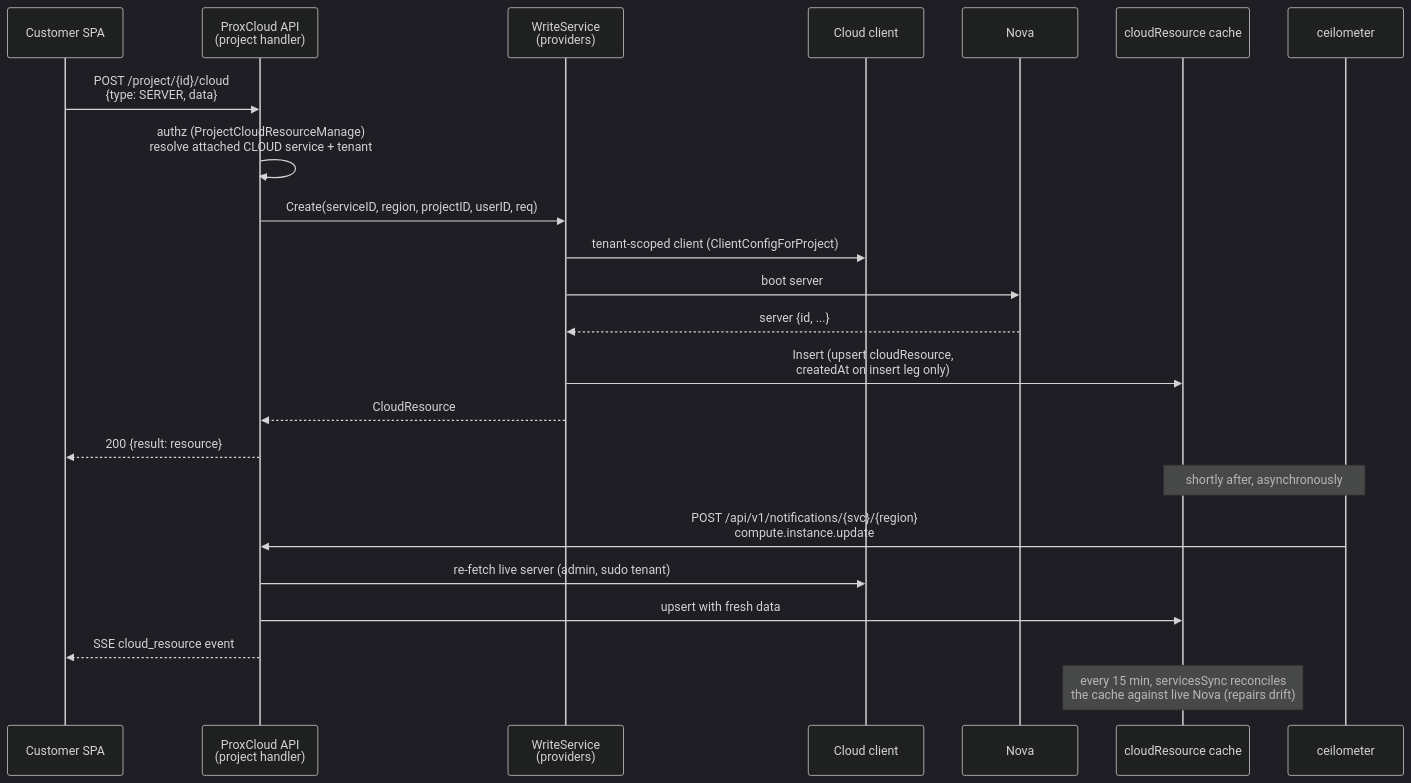
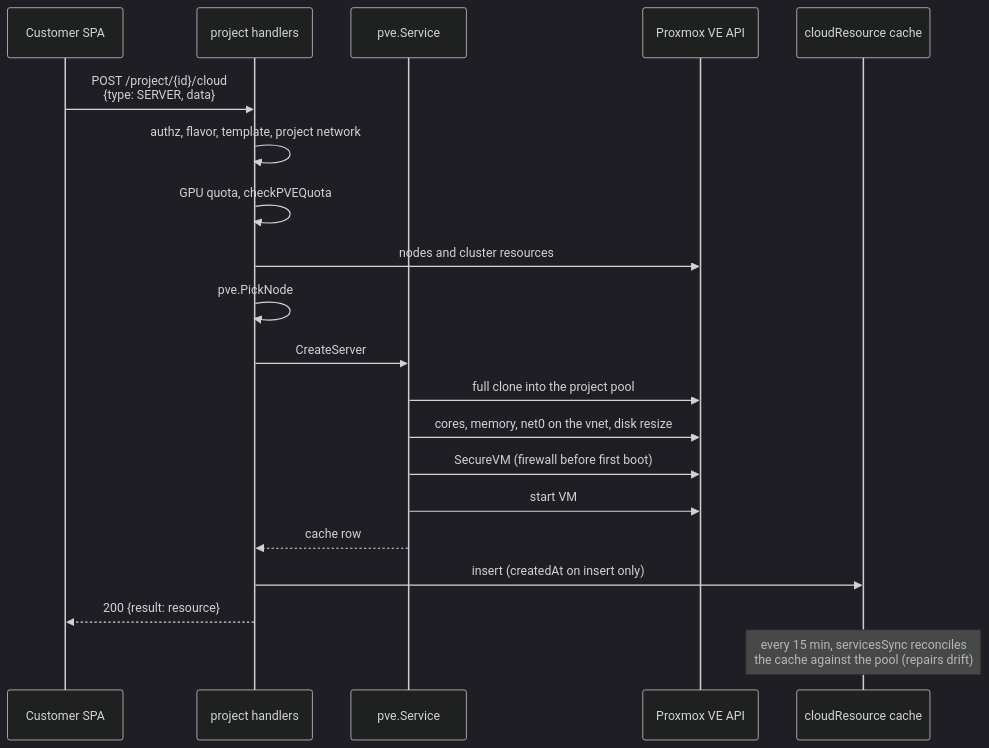
The third of 3 diagrams in docs/cloud-integration.md (mutex-solutions/proxcloud), drawn with Mermaid (dark theme) before and after one commit. The commit also changed other lines of this file and 44 other files, not shown here.

````diff
--- a/docs/cloud-integration.md
+++ b/docs/cloud-integration.md
@@ -394,28 +468,24 @@
 ```mermaid
 sequenceDiagram
     participant SPA as Customer SPA
-    participant API as ProxCloud API<br/>(project handler)
-    participant WS as WriteService<br/>(providers)
-    participant CC as Cloud client
-    participant NOVA as Nova
+    participant H as project handlers
+    participant PS as pve.Service
+    participant PVE as Proxmox VE API
     participant CACHE as cloudResource cache
-    participant CEIL as ceilometer
 
-    SPA->>API: POST /project/{id}/cloud<br/>{type: SERVER, data}
-    API->>API: authz (ProjectCloudResourceManage)<br/>resolve attached CLOUD service + tenant
-    API->>WS: Create(serviceID, region, projectID, userID, req)
-    WS->>CC: tenant-scoped client (ClientConfigForProject)
-    WS->>NOVA: boot server
-    NOVA-->>WS: server {id, ...}
-    WS->>CACHE: Insert (upsert cloudResource,<br/>createdAt on insert leg only)
-    WS-->>API: CloudResource
-    API-->>SPA: 200 {result: resource}
+    SPA->>H: POST /project/{id}/cloud<br/>{type: SERVER, data}
+    H->>H: authz, flavor, template, project network
+    H->>H: GPU quota, checkPVEQuota
+    H->>PVE: nodes and cluster resources
+    H->>H: pve.PickNode
+    H->>PS: CreateServer
+    PS->>PVE: full clone into the project pool
+    PS->>PVE: cores, memory, net0 on the vnet, disk resize
+    PS->>PVE: SecureVM (firewall before first boot)
+    PS->>PVE: start VM
+    PS-->>H: cache row
+    H->>CACHE: insert (createdAt on insert only)
+    H-->>SPA: 200 {result: resource}
 
-    Note over CEIL,CACHE: shortly after, asynchronously
-    CEIL->>API: POST /api/v1/notifications/{svc}/{region}<br/>compute.instance.update
-    API->>CC: re-fetch live server (admin, sudo tenant)
-    API->>CACHE: upsert with fresh data
-    API-->>SPA: SSE cloud_resource event
-
-    Note over CACHE: every 15 min, servicesSync reconciles<br/>the cache against live Nova (repairs drift)
+    Note over CACHE: every 15 min, servicesSync reconciles<br/>the cache against the pool (repairs drift)
 ```
````
